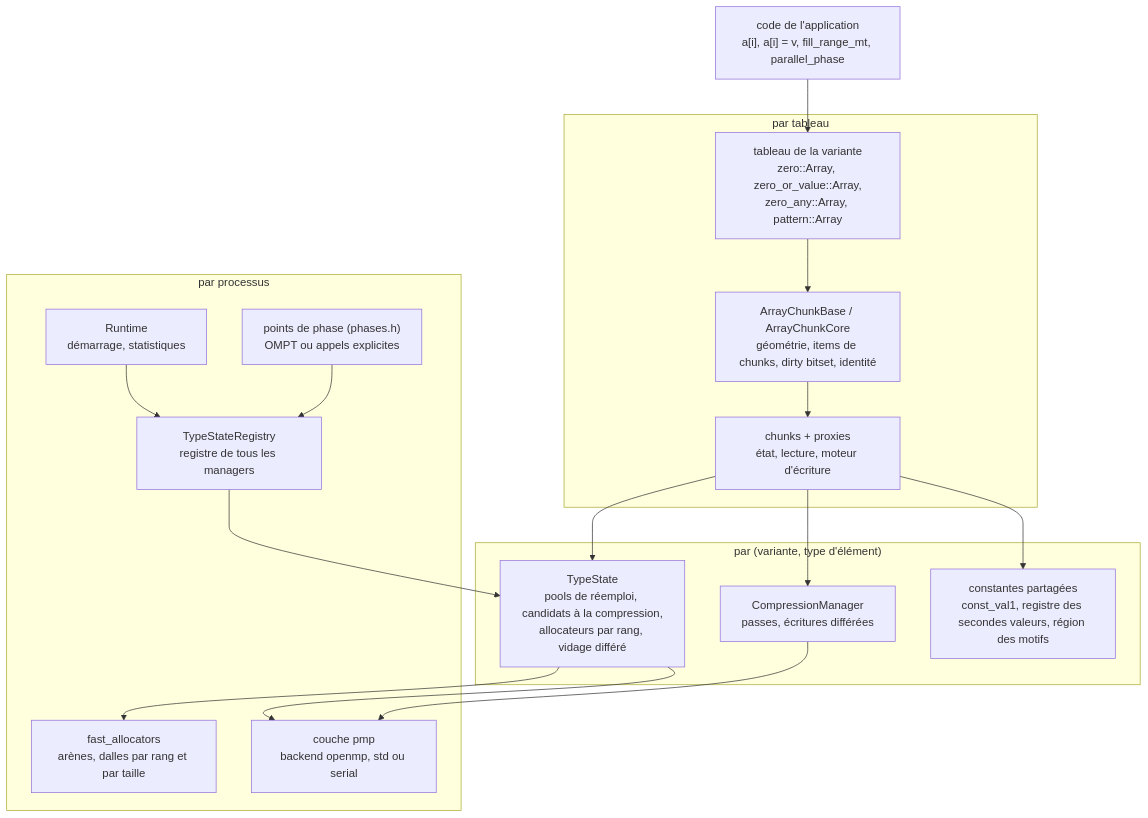
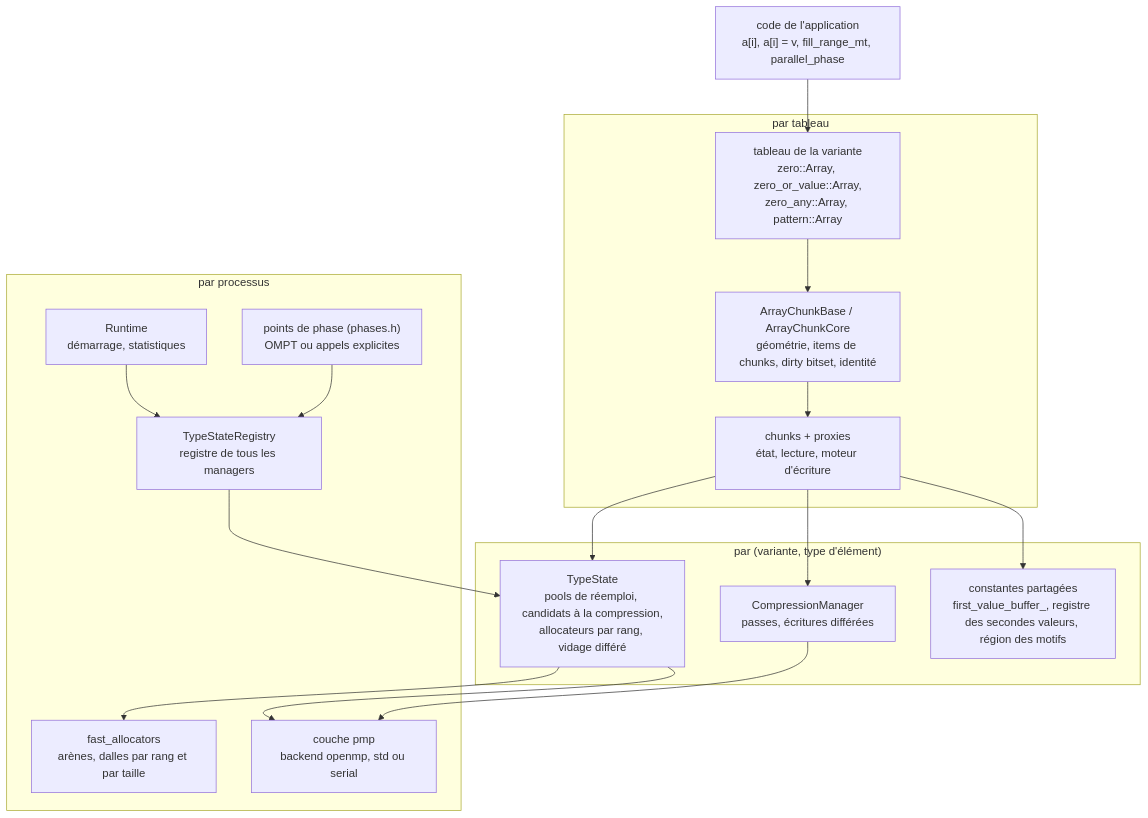
One commit to cea-hpc/shrink-array changed the second of 3 diagrams in docs/conception_fr.md. Above: the diagram before and after it, drawn with Mermaid. The commit also changed other lines of this file and 79 other files, not shown here.

````diff
--- a/docs/conception_fr.md
+++ b/docs/conception_fr.md
@@ -74,31 +74,31 @@
 ```mermaid
 flowchart TB
     app["code de l'application<br/>a[i], a[i] = v, fill_range_mt, parallel_phase"]
     subgraph per_array["par tableau"]
         arr["tableau de la variante<br/>zero::Array, zero_or_value::Array,<br/>zero_any::Array, pattern::Array"]
         base["ArrayChunkBase / ArrayChunkCore<br/>géométrie, items de chunks, dirty bitset, identité"]
         chk["chunks + proxies<br/>état, lecture, moteur d'écriture"]
     end
     subgraph per_type["par (variante, type d'élément)"]
         mgr["TypeState<br/>pools de réemploi, candidats à la compression,<br/>allocateurs par rang, vidage différé"]
         cmp["CompressionManager<br/>passes, écritures différées"]
-        reg["constantes partagées<br/>const_val1, registre des secondes valeurs, région des motifs"]
+        reg["constantes partagées<br/>first_value_buffer_, registre des secondes valeurs, région des motifs"]
     end
     subgraph per_process["par processus"]
         all["TypeStateRegistry<br/>registre de tous les managers"]
         par["Runtime<br/>démarrage, statistiques"]
         phase["points de phase (phases.h)<br/>OMPT ou appels explicites"]
         pmp["couche pmp<br/>backend openmp, std ou serial"]
         fa["fast_allocators<br/>arènes, dalles par rang et par taille"]
     end
     app --> arr --> base --> chk
     chk --> mgr
     chk --> cmp
     chk --> reg
     mgr --> fa
     all --> mgr
     par --> all
     phase --> all
     cmp --> pmp
     mgr --> pmp
 ```
````
